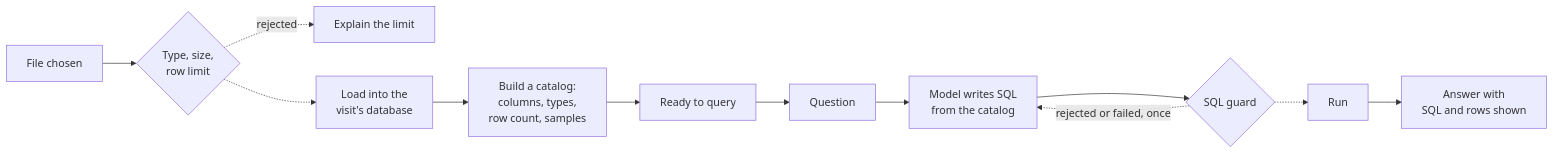
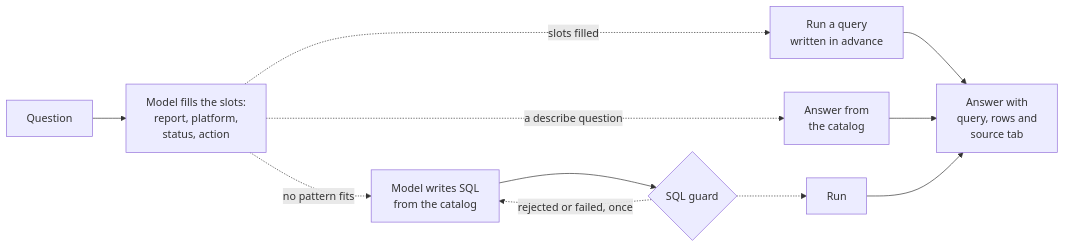
Before and after one commit to jcsmei/Claude_Demo: the third of 3 diagrams in docs/design_v2.md, drawn with Mermaid. The commit also changed other lines of this file and 4 other files, not shown here.

````diff
--- a/docs/design_v2.md
+++ b/docs/design_v2.md
@@ -120,12 +150,13 @@
 ```mermaid
 flowchart LR
-    file[File chosen] --> check{Type, size,<br/>row limit}
-    check -.->|rejected| refuse[Explain the limit]
-    check -.-> load[Load into the<br/>visit's database]
-    load --> catalog[Build a catalog:<br/>columns, types,<br/>row count, samples]
-    catalog --> ready[Ready to query]
-    ready --> ask[Question] --> write[Model writes SQL<br/>from the catalog]
-    write --> guard{SQL guard}
-    guard -.->|rejected or failed, once| write
-    guard -.-> run[Run] --> answer[Answer with<br/>SQL and rows shown]
+    question[Question] --> fill[Model fills the slots:<br/>report, platform,<br/>status, action]
+    fill -.->|slots filled| run[Run a query<br/>written in advance]
+    fill -.->|a describe question| cat[Answer from<br/>the catalog]
+    fill -.->|no pattern fits| sql[Model writes SQL<br/>from the catalog]
+    sql --> guard{SQL guard}
+    guard -.->|rejected or failed, once| sql
+    guard -.-> exec[Run]
+    run --> answer[Answer with<br/>query, rows and<br/>source tab]
+    cat --> answer
+    exec --> answer
 ```
````
